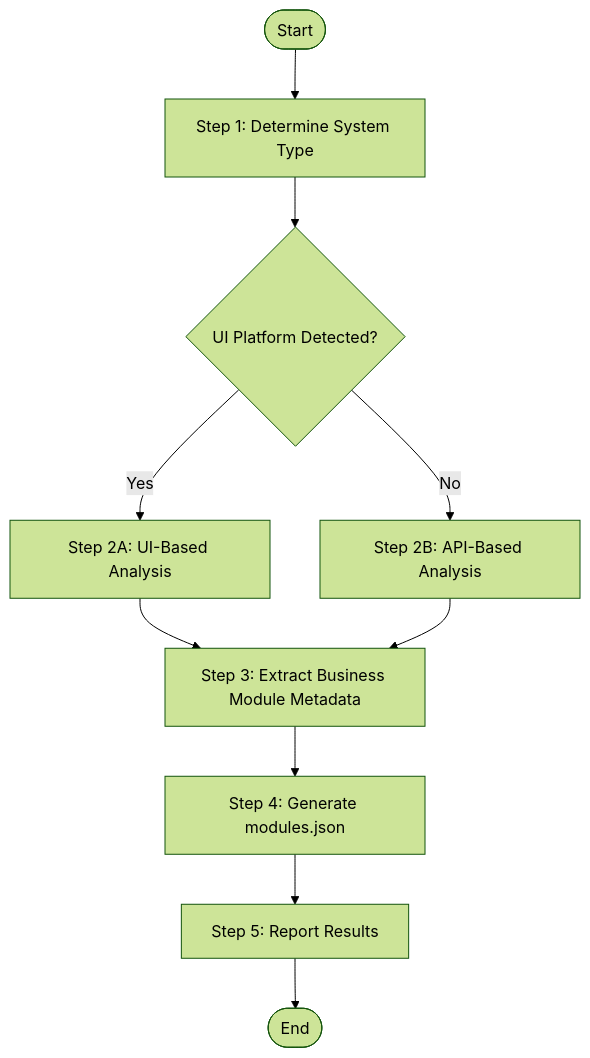
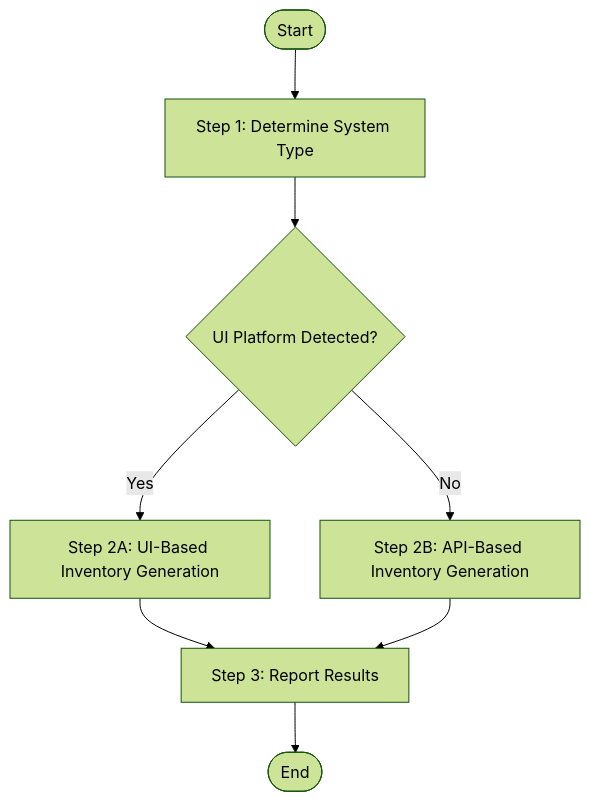
The diagram in .speccrew/skills/speccrew-knowledge-bizs-init/SKILL.md (charlesmu99/speccrew), drawn with Mermaid (forest theme) before and after one commit. The commit also changed other lines of this file and 11 other files, not shown here.

````diff
--- a/.speccrew/skills/speccrew-knowledge-bizs-init/SKILL.md
+++ b/.speccrew/skills/speccrew-knowledge-bizs-init/SKILL.md
@@ -26,12 +33,10 @@
 ```mermaid
 flowchart TD
     Start([Start]) --> Step1[Step 1: Determine System Type]
     Step1 --> Decision{UI Platform Detected?}
-    Decision -->|Yes| Step2A[Step 2A: UI-Based Analysis]
-    Decision -->|No| Step2B[Step 2B: API-Based Analysis]
-    Step2A --> Step3[Step 3: Extract Business Module Metadata]
+    Decision -->|Yes| Step2A[Step 2A: UI-Based Inventory Generation]
+    Decision -->|No| Step2B[Step 2B: API-Based Inventory Generation]
+    Step2A --> Step3[Step 3: Report Results]
     Step2B --> Step3
-    Step3 --> Step4[Step 4: Generate modules.json]
-    Step4 --> Step5[Step 5: Report Results]
-    Step5 --> End([End])
+    Step3 --> End([End])
 ```
````
